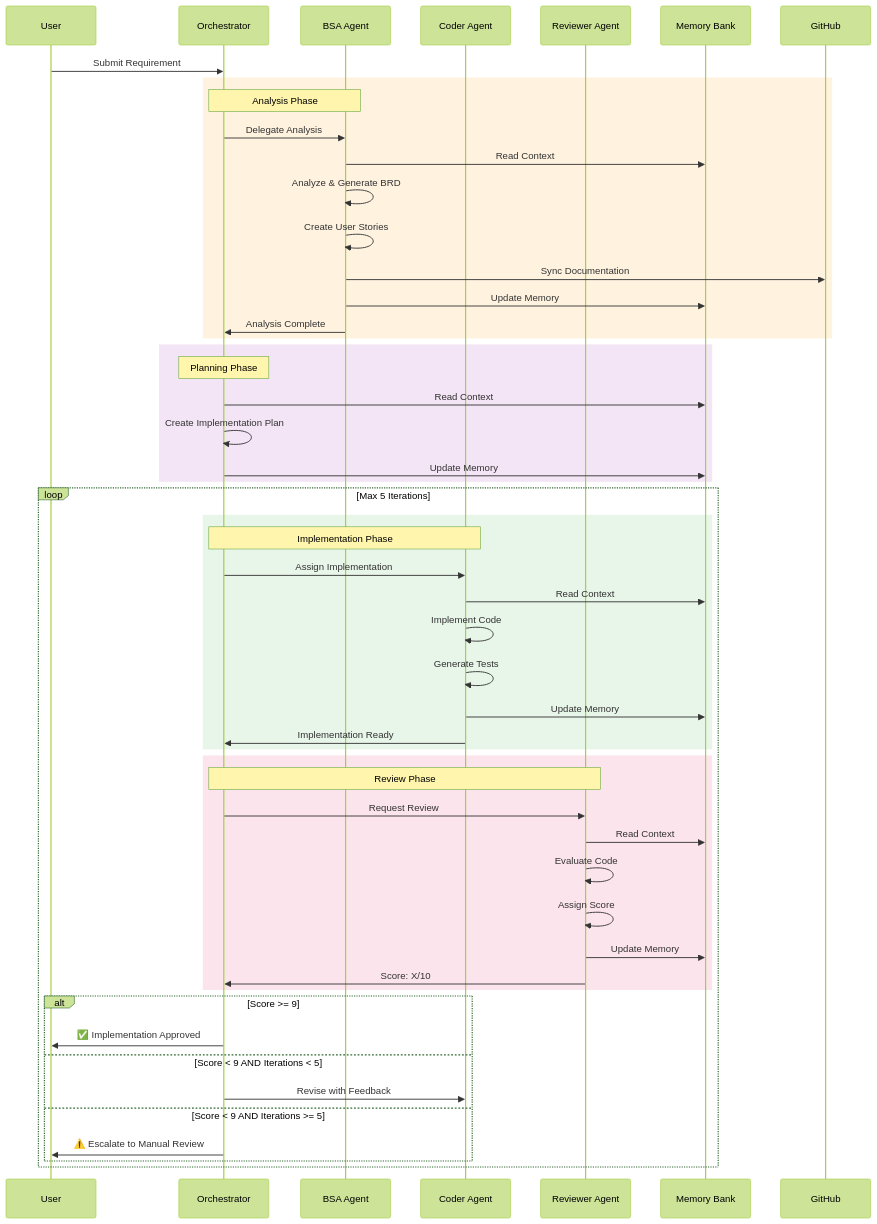
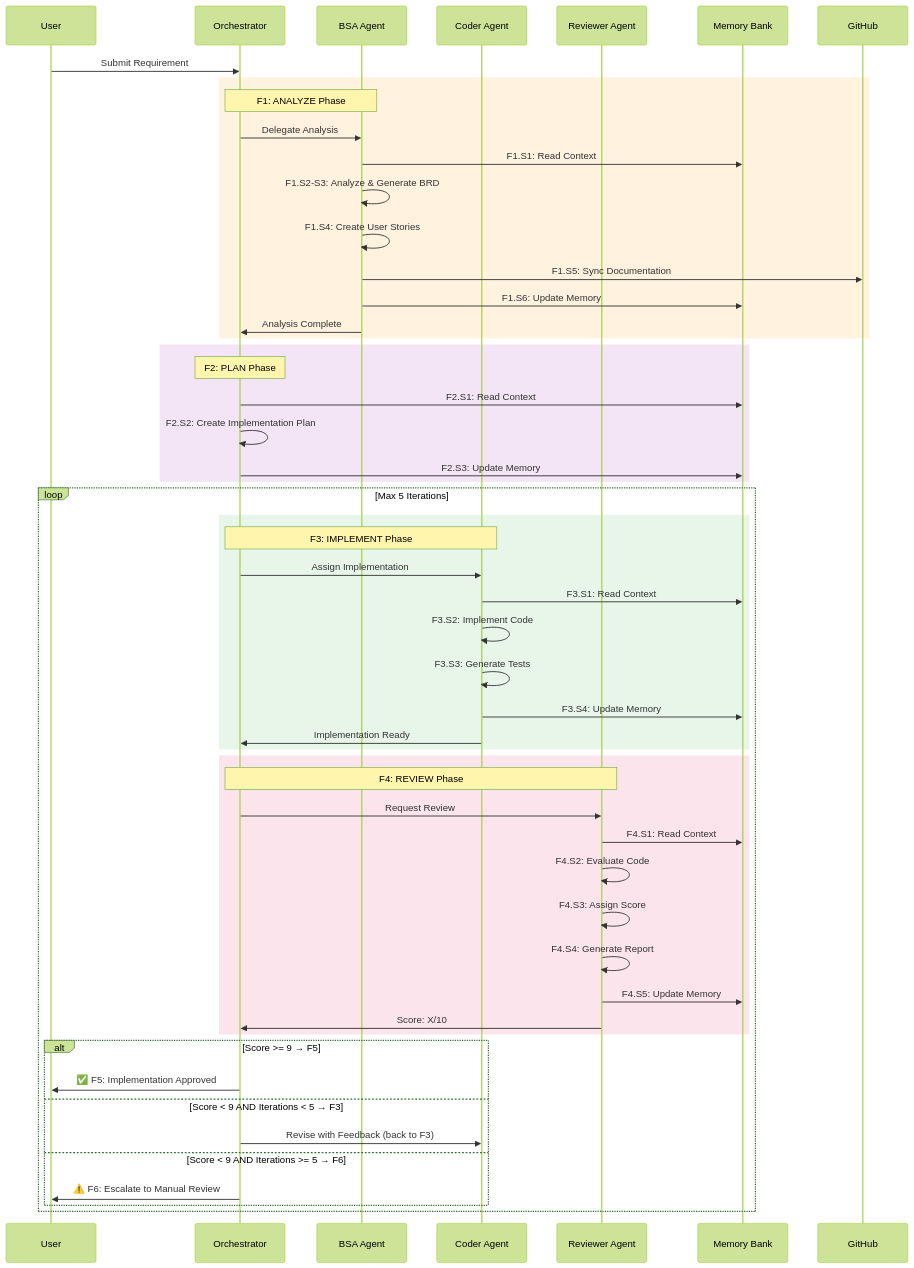
The second of 7 diagrams in .github/workflow.md (hgmancholam/novum), drawn with Mermaid (forest theme) before and after one commit. The commit also changed other lines of this file and 5 other files, not shown here.

````diff
--- a/.github/workflow.md
+++ b/.github/workflow.md
@@ -116,60 +159,61 @@
 ```mermaid
 sequenceDiagram
     participant U as User
     participant O as Orchestrator
     participant B as BSA Agent
     participant C as Coder Agent
     participant R as Reviewer Agent
     participant M as Memory Bank
     participant G as GitHub
 
     U->>O: Submit Requirement
     
     rect rgb(255, 243, 224)
-        Note over O,B: Analysis Phase
+        Note over O,B: F1: ANALYZE Phase
         O->>B: Delegate Analysis
-        B->>M: Read Context
-        B->>B: Analyze & Generate BRD
-        B->>B: Create User Stories
-        B->>G: Sync Documentation
-        B->>M: Update Memory
+        B->>M: F1.S1: Read Context
+        B->>B: F1.S2-S3: Analyze & Generate BRD
+        B->>B: F1.S4: Create User Stories
+        B->>G: F1.S5: Sync Documentation
+        B->>M: F1.S6: Update Memory
         B->>O: Analysis Complete
     end
 
     rect rgb(243, 229, 245)
-        Note over O: Planning Phase
-        O->>M: Read Context
-        O->>O: Create Implementation Plan
-        O->>M: Update Memory
+        Note over O: F2: PLAN Phase
+        O->>M: F2.S1: Read Context
+        O->>O: F2.S2: Create Implementation Plan
+        O->>M: F2.S3: Update Memory
     end
 
     loop Max 5 Iterations
         rect rgb(232, 245, 233)
-            Note over O,C: Implementation Phase
+            Note over O,C: F3: IMPLEMENT Phase
             O->>C: Assign Implementation
-            C->>M: Read Context
-            C->>C: Implement Code
-            C->>C: Generate Tests
-            C->>M: Update Memory
+            C->>M: F3.S1: Read Context
+            C->>C: F3.S2: Implement Code
+            C->>C: F3.S3: Generate Tests
+            C->>M: F3.S4: Update Memory
             C->>O: Implementation Ready
         end
 
         rect rgb(252, 228, 236)
-            Note over O,R: Review Phase
+            Note over O,R: F4: REVIEW Phase
             O->>R: Request Review
-            R->>M: Read Context
-            R->>R: Evaluate Code
-            R->>R: Assign Score
-            R->>M: Update Memory
+            R->>M: F4.S1: Read Context
+            R->>R: F4.S2: Evaluate Code
+            R->>R: F4.S3: Assign Score
+            R->>R: F4.S4: Generate Report
+            R->>M: F4.S5: Update Memory
             R->>O: Score: X/10
         end
 
-        alt Score >= 9
-            O->>U: ✅ Implementation Approved
-        else Score < 9 AND Iterations < 5
-            O->>C: Revise with Feedback
-        else Score < 9 AND Iterations >= 5
-            O->>U: ⚠️ Escalate to Manual Review
+        alt Score >= 9 → F5
+            O->>U: ✅ F5: Implementation Approved
+        else Score < 9 AND Iterations < 5 → F3
+            O->>C: Revise with Feedback (back to F3)
+        else Score < 9 AND Iterations >= 5 → F6
+            O->>U: ⚠️ F6: Escalate to Manual Review
         end
     end
 ```
````
